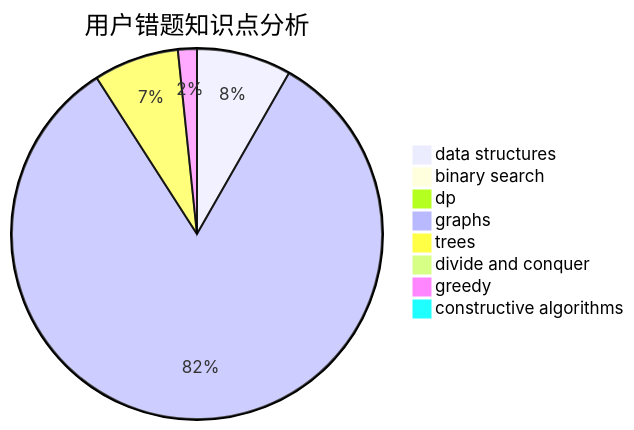
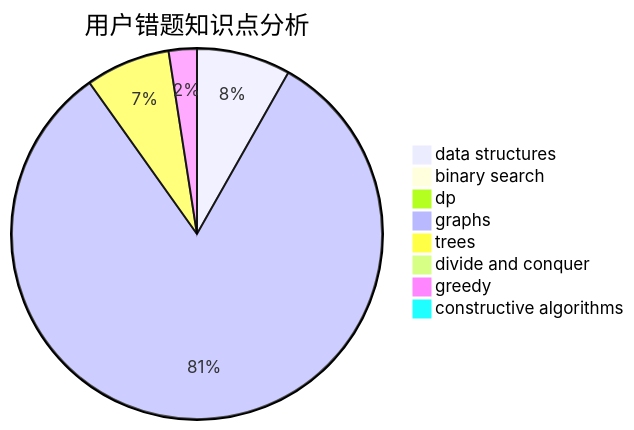
Before and after one commit to sherpahu/cfrs.github.io: the third of 3 diagrams in docs/user/u1870.md, drawn with Mermaid. The commit also changed other lines of this file and 2770 other files, not shown here.

````diff
--- a/docs/user/u1870.md
+++ b/docs/user/u1870.md
@@ -36,11 +36,11 @@
 ```mermaid
 pie title 用户错题知识点分析
     "data structures" :  10
     "binary search" :  0
     "dp" :  0
     "graphs" :  100
     "trees" :  9
     "divide and conquer" :  0
-    "greedy" :  2
+    "greedy" :  3
     "constructive algorithms" :  1
 ```
````
